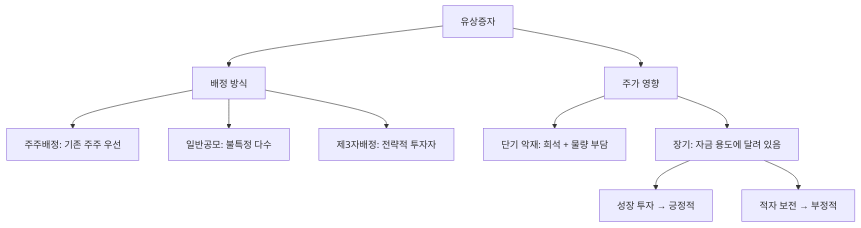
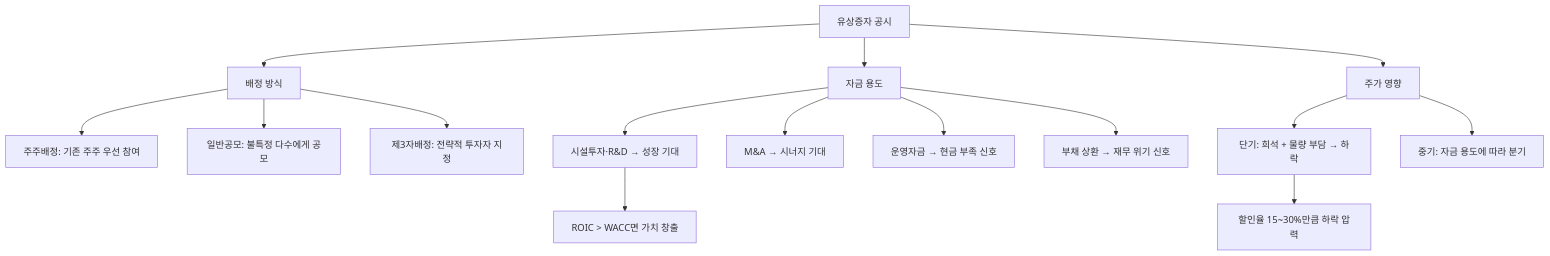
One commit to yeongseon/stock-visual-note changed the diagram in content/stock-terms/ko/level-07-earnings/paid-in-capital-increase.md. Above: the diagram before and after it, drawn with Mermaid. The commit also changed other lines of this file and 9 other files, not shown here.

Commit message:
content: rewrite level-07 (10 articles) — richer diagrams, realistic scenarios, blog tone

````diff
--- a/content/stock-terms/ko/level-07-earnings/paid-in-capital-increase.md
+++ b/content/stock-terms/ko/level-07-earnings/paid-in-capital-increase.md
@@ -39,13 +41,18 @@
 ```mermaid
 graph TD
-    A["유상증자"]
+    A["유상증자 공시"]
     A --> B["배정 방식"]
-    A --> C["주가 영향"]
-    B --> B1["주주배정: 기존 주주 우선"]
-    B --> B2["일반공모: 불특정 다수"]
-    B --> B3["제3자배정: 전략적 투자자"]
-    C --> C1["단기 악재: 희석 + 물량 부담"]
-    C --> C2["장기: 자금 용도에 달려 있음"]
-    C2 --> D["성장 투자 → 긍정적"]
-    C2 --> E["적자 보전 → 부정적"]
+    A --> C["자금 용도"]
+    A --> D["주가 영향"]
+    B --> B1["주주배정: 기존 주주 우선 참여"]
+    B --> B2["일반공모: 불특정 다수에게 공모"]
+    B --> B3["제3자배정: 전략적 투자자 지정"]
+    C --> C1["시설투자·R&D → 성장 기대"]
+    C --> C2["M&A → 시너지 기대"]
+    C --> C3["운영자금 → 현금 부족 신호"]
+    C --> C4["부채 상환 → 재무 위기 신호"]
+    D --> D1["단기: 희석 + 물량 부담 → 하락"]
+    D --> D2["중기: 자금 용도에 따라 분기"]
+    D1 --> E["할인율 15~30%만큼 하락 압력"]
+    C1 --> F["ROIC > WACC면 가치 창출"]
 ```
````
